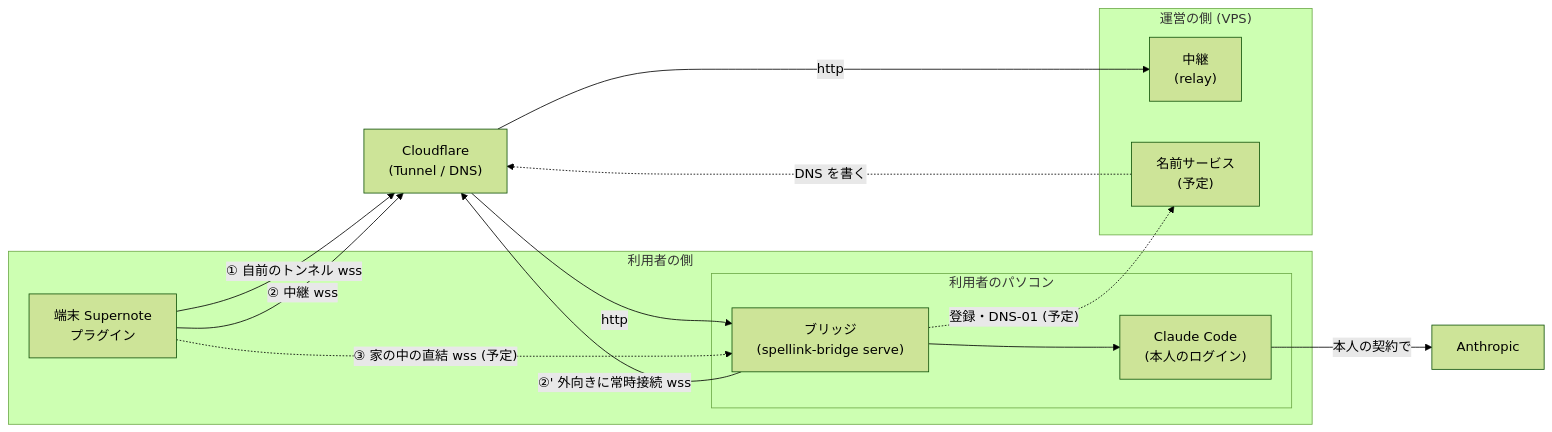
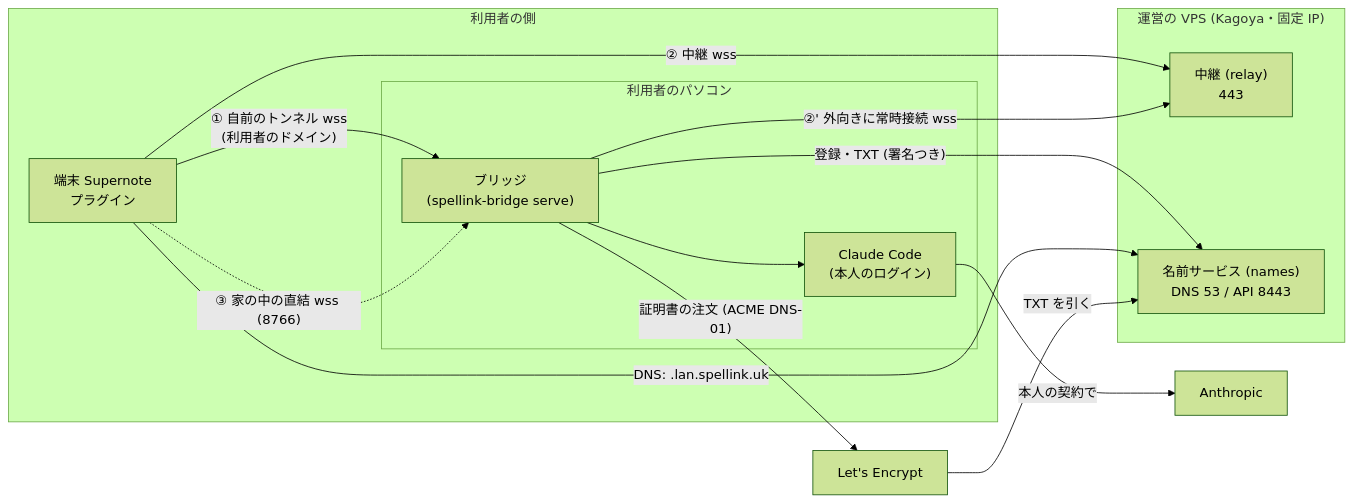
Before and after one commit to DaisukeMatsuoh/Spellink: the first of 3 diagrams in docs/guides/architecture.md, drawn with Mermaid (forest theme). The commit also changed other lines of this file and 36 other files, not shown here.

Commit message:
docs, deploy and tests: ADR 0017 rewritten and 0019 added, architecture and operations guides, research status index, VPS compose and scratch Dockerfile; steadier tests (Nagle, UDP resend, ETXTBSY, startup wait)

````diff
--- a/docs/guides/architecture.md
+++ b/docs/guides/architecture.md
@@ -22,27 +23,27 @@
 ```mermaid
 flowchart LR
   subgraph User["利用者の側"]
     D["端末 Supernote<br/>プラグイン"]
     subgraph PC["利用者のパソコン"]
       B["ブリッジ<br/>(spellink-bridge serve)"]
       C["Claude Code<br/>(本人のログイン)"]
       B --> C
     end
   end
-  subgraph Ops["運営の側 (VPS)"]
-    R["中継<br/>(relay)"]
-    N["名前サービス<br/>(予定)"]
+  subgraph Ops["運営の VPS (Kagoya・固定 IP)"]
+    R["中継 (relay)<br/>443"]
+    N["名前サービス (names)<br/>DNS 53 / API 8443"]
   end
-  CF["Cloudflare<br/>(Tunnel / DNS)"]
+  LE["Let's Encrypt"]
   AI["Anthropic"]
 
-  D -- "① 自前のトンネル wss" --> CF
-  CF -- "http" --> B
-  D -- "② 中継 wss" --> CF
-  CF -- "http" --> R
-  B -- "②' 外向きに常時接続 wss" --> CF
-  D -. "③ 家の中の直結 wss (予定)" .-> B
-  B -. "登録・DNS-01 (予定)" .-> N
-  N -. "DNS を書く" .-> CF
+  D -- "① 自前のトンネル wss<br/>(利用者のドメイン)" --> B
+  D -- "② 中継 wss" --> R
+  B -- "②' 外向きに常時接続 wss" --> R
+  D -. "③ 家の中の直結 wss (8766)" .-> B
+  B -- "登録・TXT (署名つき)" --> N
+  D -- "DNS: <id>.lan.spellink.uk" --> N
+  B -- "証明書の注文 (ACME DNS-01)" --> LE
+  LE -- "TXT を引く" --> N
   C -- "本人の契約で" --> AI
 ```
````
